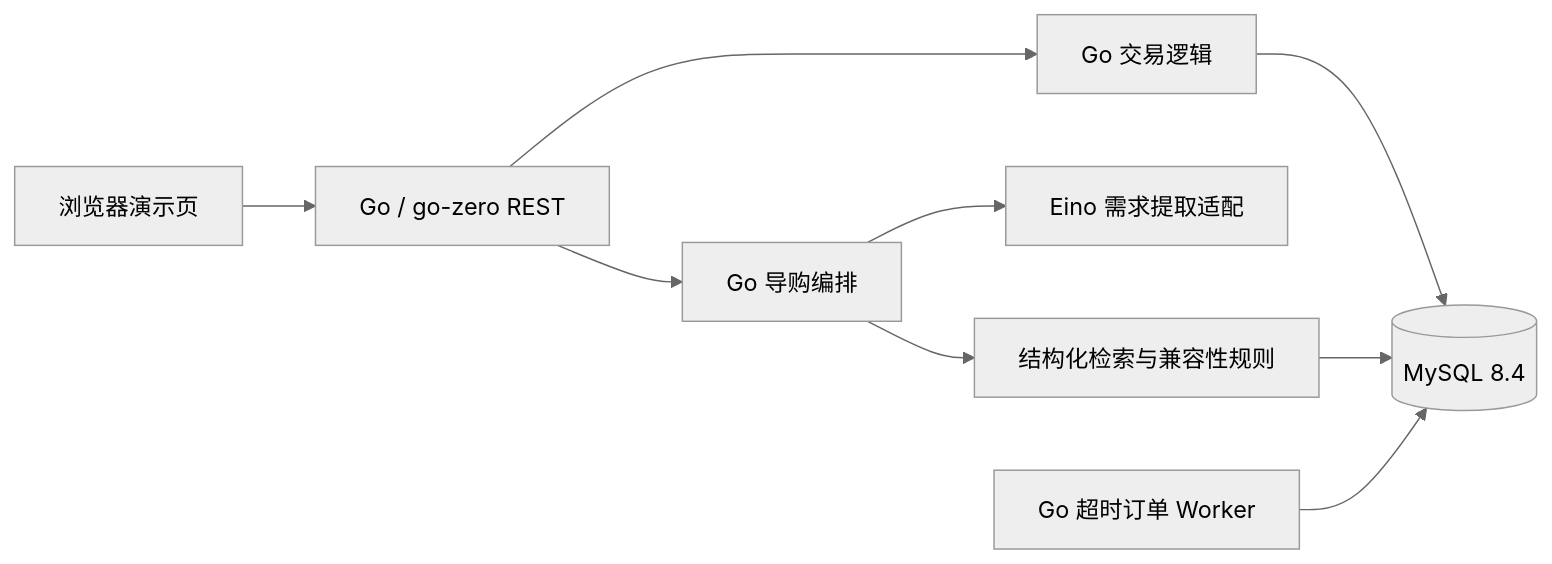
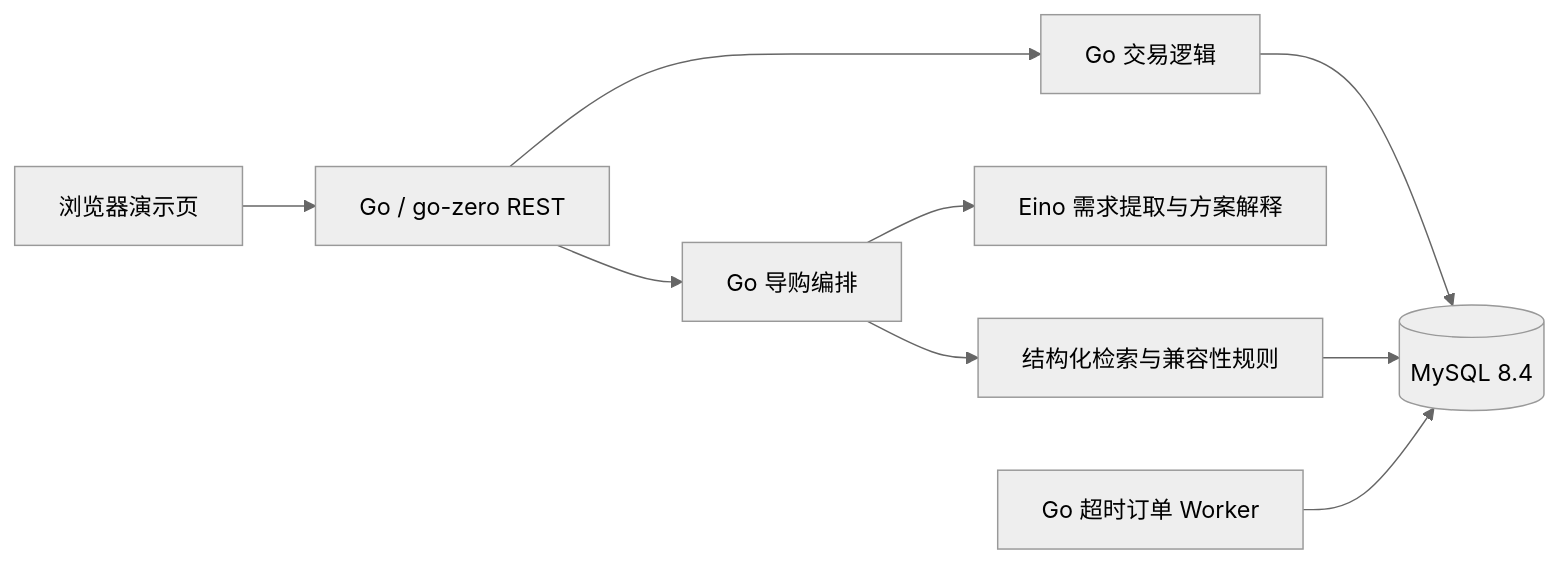
One commit to fishcakezzz/GoGuide changed the diagram in docs/ARCHITECTURE.md. Above: the diagram before and after it, drawn with Mermaid (neutral theme). The commit also changed other lines of this file and 18 other files, not shown here.

````diff
--- a/docs/ARCHITECTURE.md
+++ b/docs/ARCHITECTURE.md
@@ -5,11 +5,11 @@
 ```mermaid
 flowchart LR
     UI[浏览器演示页] --> API[Go / go-zero REST]
     API --> Trade[Go 交易逻辑]
     API --> Guide[Go 导购编排]
-    Guide --> Eino[Eino 需求提取适配]
+    Guide --> Eino[Eino 需求提取与方案解释]
     Guide --> Rules[结构化检索与兼容性规则]
     Trade --> DB[(MySQL 8.4)]
     Rules --> DB
     Worker[Go 超时订单 Worker] --> DB
 ```
````
